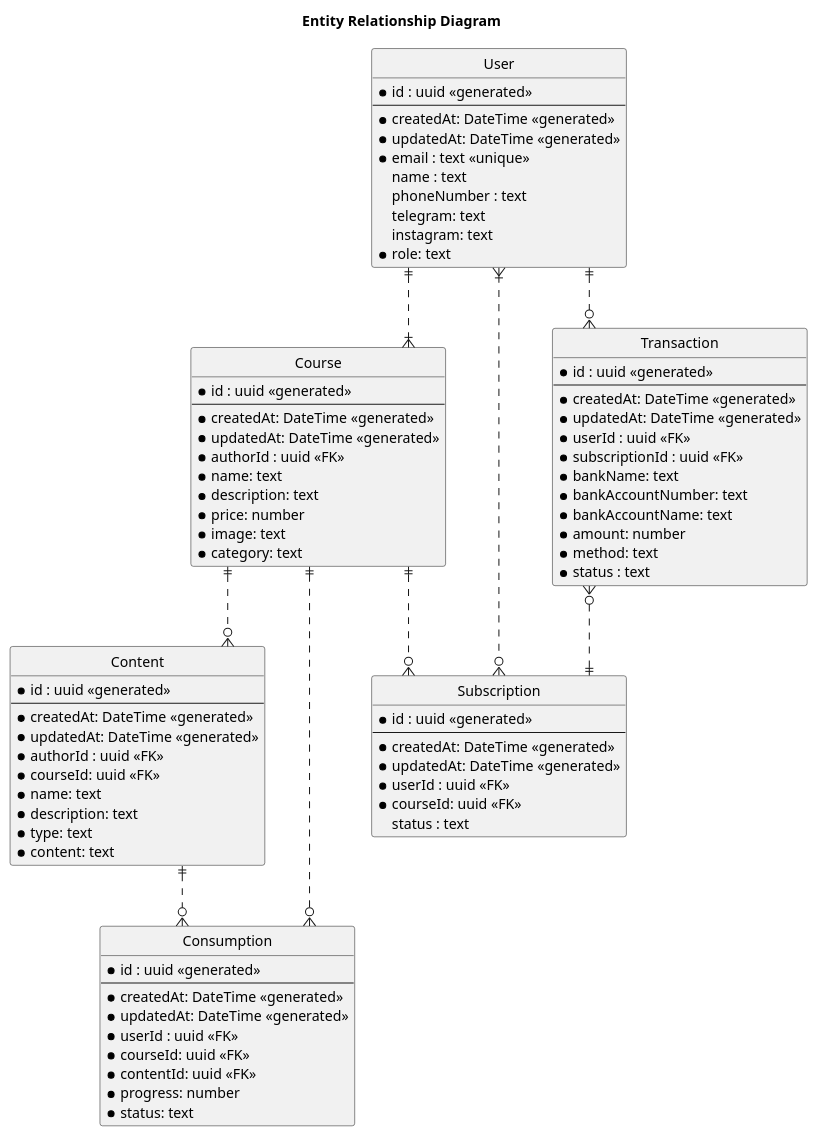
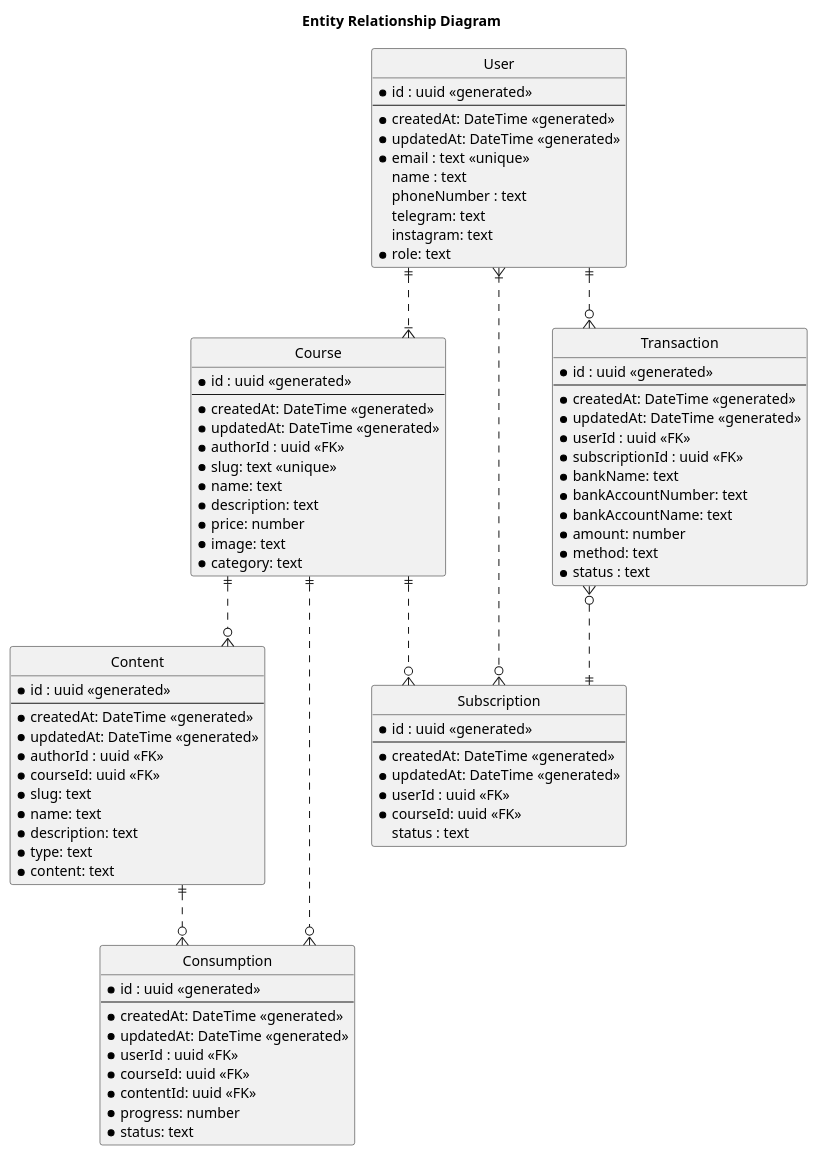
The diagram in docs/diagrams/erd.puml (zainfathoni/kelas.rumahberbagi.com), drawn with PlantUML before and after one commit.

Commit message:
docs: add course slug and content slug fields

```diff
--- a/docs/diagrams/erd.puml
+++ b/docs/diagrams/erd.puml
@@ -1,94 +1,96 @@
 @startuml "Entity Relationship Diagram"
 title Entity Relationship Diagram
 
 ' hide the spot
 hide circle
 
 ' avoid problems with angled crows feet
 skinparam linetype ortho
 
 entity "User" as user {
   *id : uuid <<generated>>
   --
   *createdAt: DateTime <<generated>>
   *updatedAt: DateTime <<generated>>
   *email : text <<unique>>
   name : text
   phoneNumber : text
   telegram: text
   instagram: text
   *role: text
 }
 
 entity "Course" as course {
   *id : uuid <<generated>>
   --
   *createdAt: DateTime <<generated>>
   *updatedAt: DateTime <<generated>>
   *authorId : uuid <<FK>>
+  *slug: text <<unique>>
   *name: text
   *description: text
   *price: number
   *image: text
   *category: text
 }
 
 entity "Content" as content {
   *id : uuid <<generated>>
   --
   *createdAt: DateTime <<generated>>
   *updatedAt: DateTime <<generated>>
   *authorId : uuid <<FK>>
   *courseId: uuid <<FK>>
+  *slug: text
   *name: text
   *description: text
   *type: text
   *content: text
 }
 
 entity "Consumption" as consumption {
   *id : uuid <<generated>>
   --
   *createdAt: DateTime <<generated>>
   *updatedAt: DateTime <<generated>>
   *userId : uuid <<FK>>
   *courseId: uuid <<FK>>
   *contentId: uuid <<FK>>
   *progress: number
   *status: text
 }
 
 entity "Subscription" as subscription {
   *id : uuid <<generated>>
   --
   *createdAt: DateTime <<generated>>
   *updatedAt: DateTime <<generated>>
   *userId : uuid <<FK>>
   *courseId: uuid <<FK>>
   status : text
 }
 
 entity "Transaction" as transaction {
   *id : uuid <<generated>>
   --
   *createdAt: DateTime <<generated>>
   *updatedAt: DateTime <<generated>>
   *userId : uuid <<FK>>
   *subscriptionId : uuid <<FK>>
   *bankName: text
   *bankAccountNumber: text
   *bankAccountName: text
   *amount: number
   *method: text
   *status : text
 }
 
 user ||..|{ course
 user }|.-o{ subscription
 course ||..o{ subscription
 course ||..o{ content
 content ||..o{ consumption
 course ||..o{ consumption
 transaction }o..||subscription
 user ||..o{ transaction
 @enduml
```
